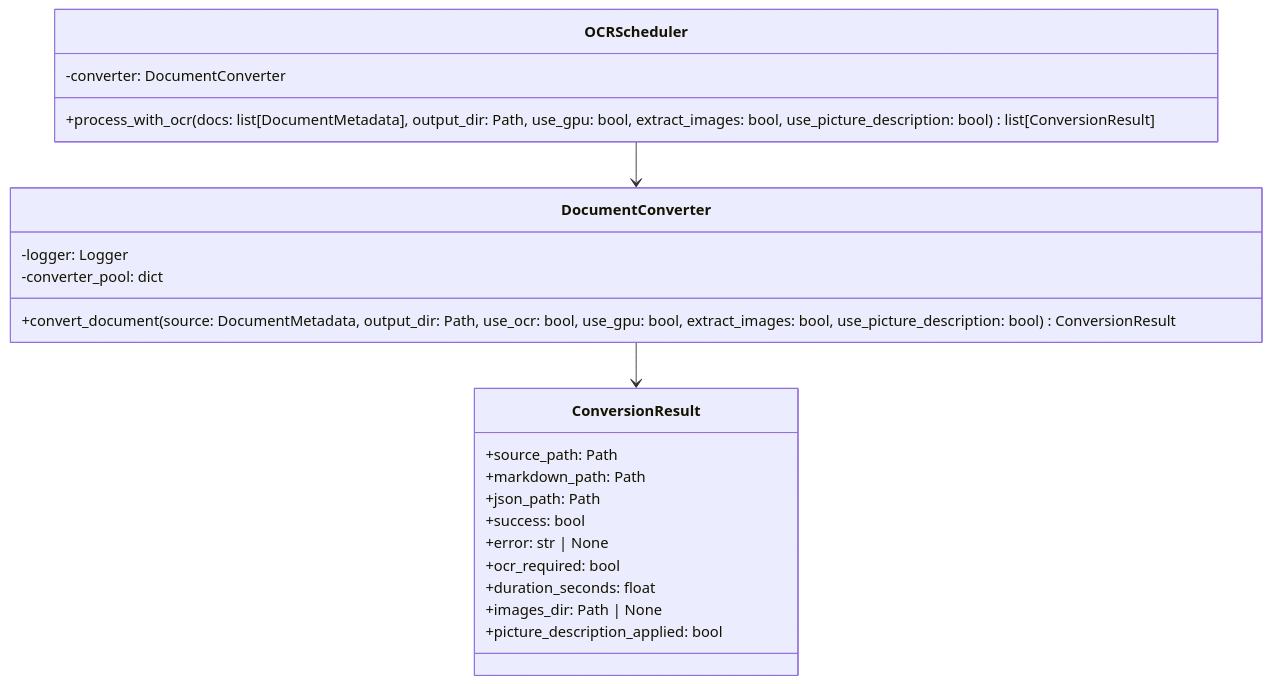
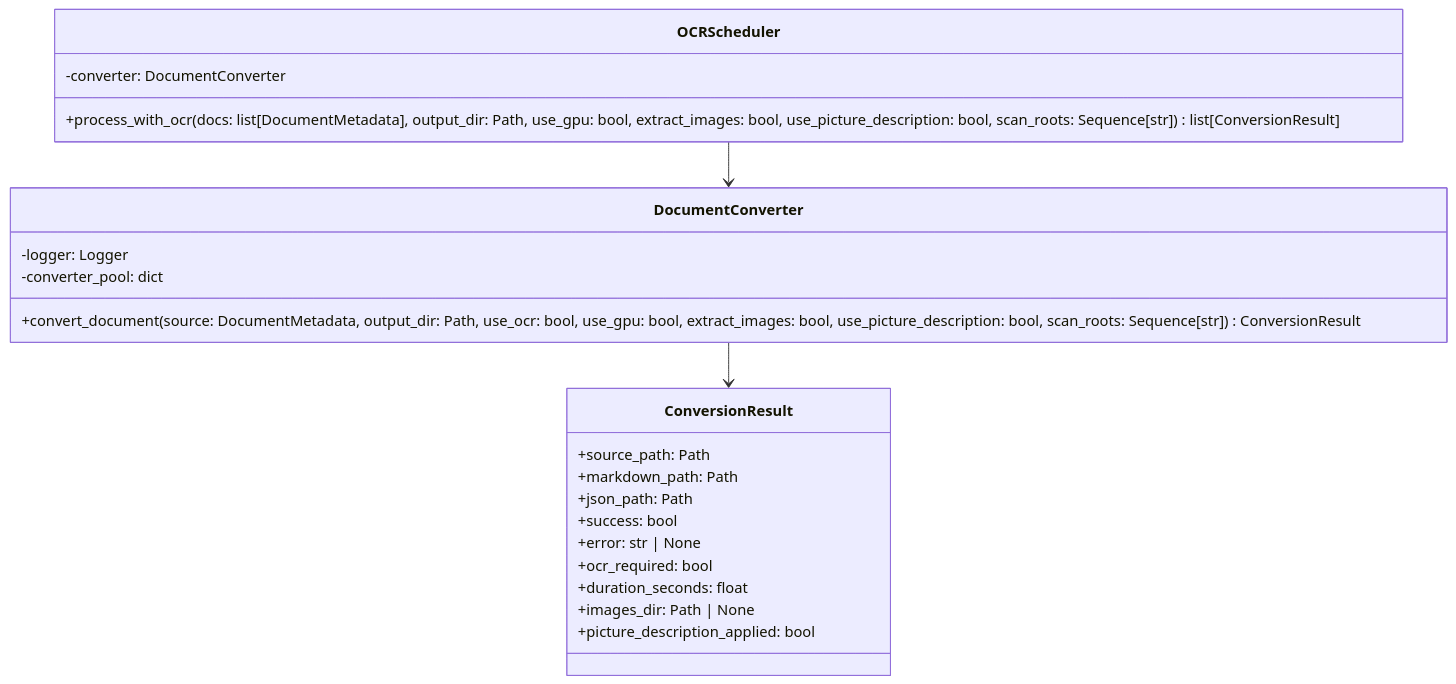
One commit to fmanza/doc_organize changed the diagram in docs/api/converter.md. Above: the diagram before and after it, drawn with Mermaid. The commit also changed other lines of this file and 5 other files, not shown here.

````diff
--- a/docs/api/converter.md
+++ b/docs/api/converter.md
@@ -7,28 +7,28 @@
 ```mermaid
 classDiagram
     class DocumentConverter {
         -logger: Logger
         -converter_pool: dict
-        +convert_document(source: DocumentMetadata, output_dir: Path, use_ocr: bool, use_gpu: bool, extract_images: bool, use_picture_description: bool) ConversionResult
+        +convert_document(source: DocumentMetadata, output_dir: Path, use_ocr: bool, use_gpu: bool, extract_images: bool, use_picture_description: bool, scan_roots: Sequence[str]) ConversionResult
     }
     
     class OCRScheduler {
         -converter: DocumentConverter
-        +process_with_ocr(docs: list[DocumentMetadata], output_dir: Path, use_gpu: bool, extract_images: bool, use_picture_description: bool) list[ConversionResult]
+        +process_with_ocr(docs: list[DocumentMetadata], output_dir: Path, use_gpu: bool, extract_images: bool, use_picture_description: bool, scan_roots: Sequence[str]) list[ConversionResult]
     }
     
     class ConversionResult {
         +source_path: Path
         +markdown_path: Path
         +json_path: Path
         +success: bool
         +error: str | None
         +ocr_required: bool
         +duration_seconds: float
         +images_dir: Path | None
         +picture_description_applied: bool
     }
     
     DocumentConverter --> ConversionResult
     OCRScheduler --> DocumentConverter
 ```
````
